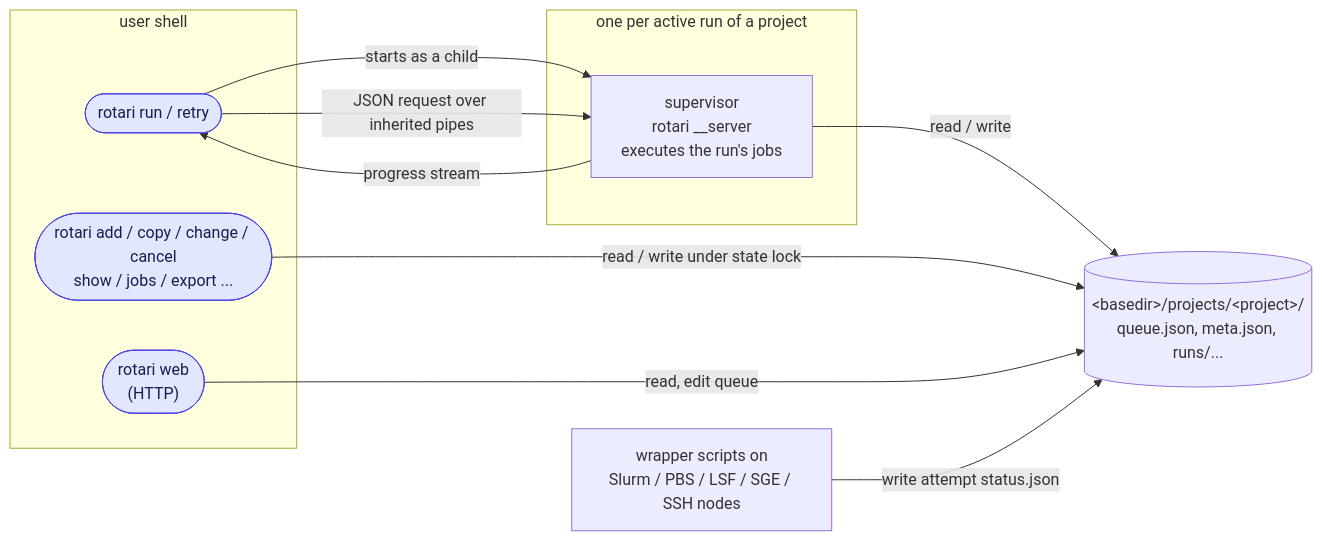
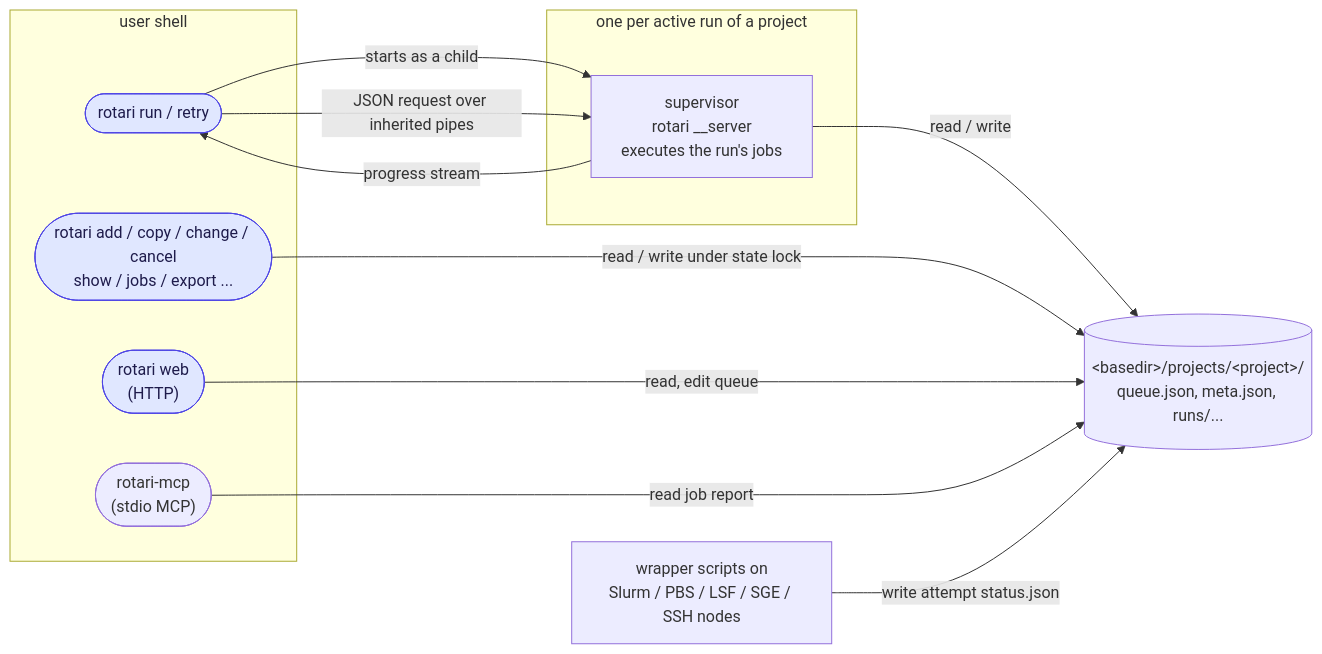
One commit to kamo-naoyuki/rotari changed the first of 2 diagrams in docs/ARCHITECTURE.md. Above: the diagram before and after it, drawn with Mermaid. The commit also changed other lines of this file and 8 other files, not shown here.

Commit message:
Add read-only MCP job inspection prototype

````diff
--- a/docs/ARCHITECTURE.md
+++ b/docs/ARCHITECTURE.md
@@ -18,24 +18,26 @@
 ```mermaid
 flowchart LR
   subgraph clients["user shell"]
     runcli(["rotari run / retry"])
     direct(["rotari add / copy / change / cancel<br/>show / jobs / export ..."])
     webcli(["rotari web<br/>(HTTP)"])
+      mcpcli(["rotari-mcp<br/>(stdio MCP)"])
   end
   subgraph sup["one per active run of a project"]
     supervisor["supervisor<br/>rotari __server<br/>executes the run's jobs"]
   end
   files[("&lt;basedir&gt;/projects/&lt;project&gt;/<br/>queue.json, meta.json, runs/...")]
    nodes["wrapper scripts on<br/>Slurm / PBS / LSF / SGE / SSH nodes"]
 
   runcli -->|"starts as a child"| supervisor
   runcli -->|"JSON request over inherited pipes"| supervisor
   supervisor -->|progress stream| runcli
   supervisor -->|read / write| files
   direct -->|"read / write under state lock"| files
   webcli -->|"read, edit queue"| files
+   mcpcli -->|"read job report"| files
   nodes -->|write attempt status.json| files
 
    classDef command fill:#e0e7ff,stroke:#4f46e5,color:#1e1b4b
   class runcli,direct,webcli command
 ```
````
